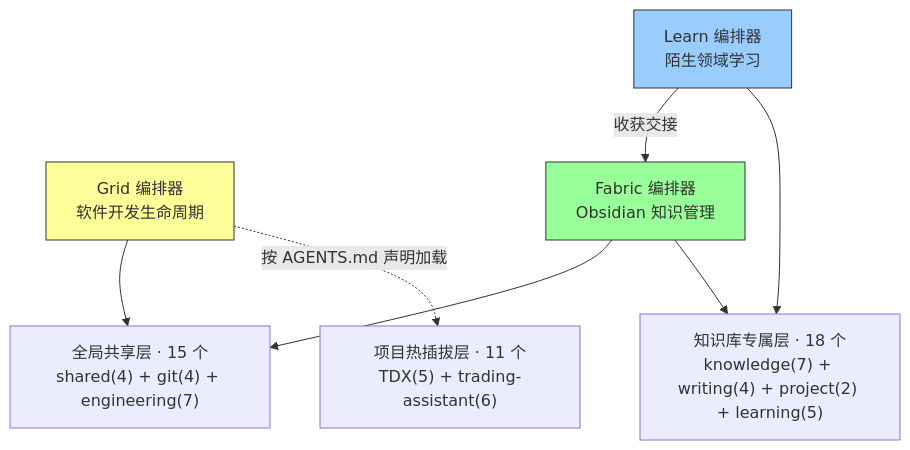
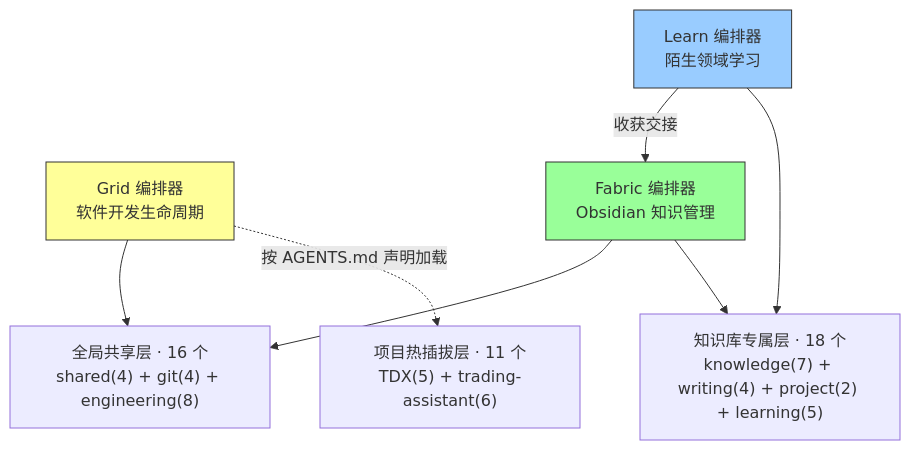
One commit to Grid0723/skills changed the first of 4 diagrams in README.md. Above: the diagram before and after it, drawn with Mermaid. The commit also changed other lines of this file and 14 other files, not shown here.

````diff
--- a/README.md
+++ b/README.md
@@ -51,20 +51,20 @@
 ```mermaid
 graph TB
     GRID["Grid 编排器<br/>软件开发生命周期"]
     FAB["Fabric 编排器<br/>Obsidian 知识管理"]
     LEARN["Learn 编排器<br/>陌生领域学习"]
-    SHARED["全局共享层 · 15 个<br/>shared(4) + git(4) + engineering(7)"]
+    SHARED["全局共享层 · 16 个<br/>shared(4) + git(4) + engineering(8)"]
     VAULT["知识库专属层 · 18 个<br/>knowledge(7) + writing(4) + project(2) + learning(5)"]
     PROJ["项目热插拔层 · 11 个<br/>TDX(5) + trading-assistant(6)"]
 
     GRID --> SHARED
     FAB --> SHARED
     LEARN -->|收获交接| FAB
     FAB --> VAULT
     LEARN --> VAULT
     GRID -.->|按 AGENTS.md 声明加载| PROJ
 
     style GRID fill:#ff9,stroke:#333
     style FAB fill:#9f9,stroke:#333
     style LEARN fill:#9cf,stroke:#333
 ```
````
